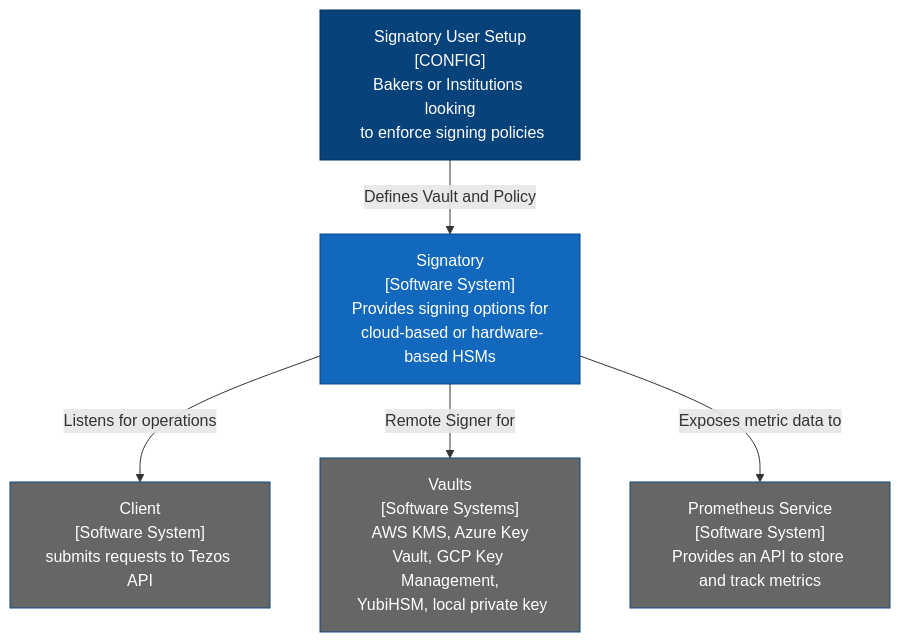
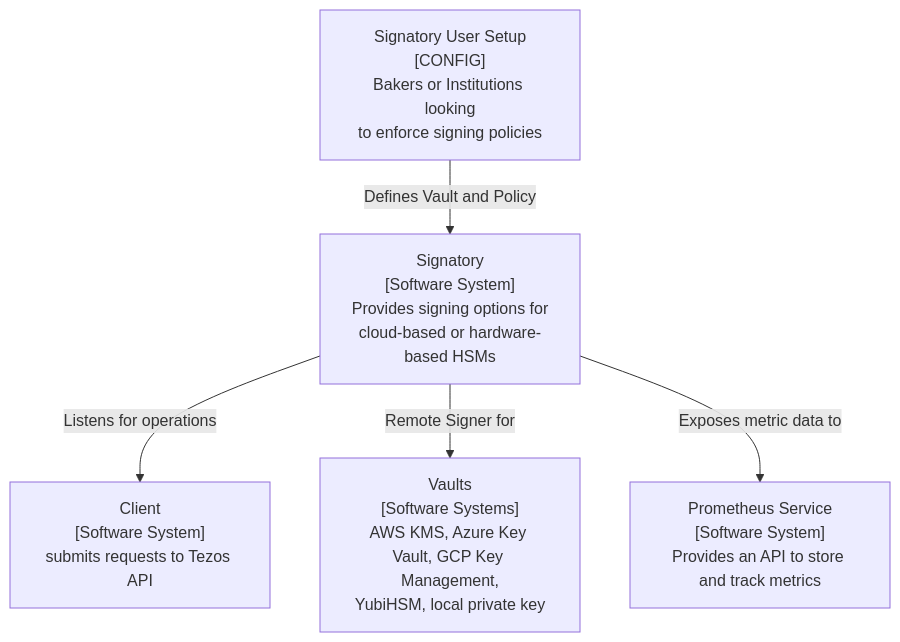
The first of 5 diagrams in docs/signatory-architecture.md (ecadlabs/signatory), drawn with Mermaid before and after one commit. The commit also changed other lines of this file and 7 other files, not shown here.

First line of the commit message:
feat: Upgrade Docusaurus to v3.8.1 and fix Mermaid compatibility

````diff
--- a/docs/signatory-architecture.md
+++ b/docs/signatory-architecture.md
@@ -16,36 +16,22 @@
 ```mermaid
 flowchart TD
-User["Signatory User Setup
-[CONFIG]
-Bakers or Institutions looking\n to enforce signing policies"]
+User["Signatory User Setup<br>[CONFIG]<br>Bakers or Institutions looking<br>to enforce signing policies"]
 
-S["Signatory
-[Software System]
-Provides signing options for\n cloud-based or hardware-based HSMs"]
+S["Signatory<br>[Software System]<br>Provides signing options for<br>cloud-based or hardware-based HSMs"]
 
 User-- "Defines Vault and Policy" -->S
 
-OC["Client
-[Software System]
-submits requests to Tezos API"]
+OC["Client<br>[Software System]<br>submits requests to Tezos API"]
 
-V["Vaults
-[Software Systems]
- AWS KMS, Azure Key Vault, GCP Key Management,\n YubiHSM, local private key"]
+V["Vaults<br>[Software Systems]<br>AWS KMS, Azure Key Vault, GCP Key Management,<br>YubiHSM, local private key"]
 
-PS["Prometheus Service
-[Software System]
-Provides an API to store and track metrics"]
+PS["Prometheus Service<br>[Software System]<br>Provides an API to store and track metrics"]
 
 S-- "Listens for operations" -->OC
 S-- "Remote Signer for" -->V
 S-- "Exposes metric data to" -->PS
 
-classDef focusSystem fill:#1168bd,stroke:#0b4884,color:#ffffff
-classDef supportingSystem fill:#666,stroke:#0b4884,color:#ffffff
-classDef person fill:#08427b,stroke:#052e56,color:#ffffff
-class User person
-class S focusSystem
-class OC,V,PS supportingSystem
+
+
 
 ```
````
